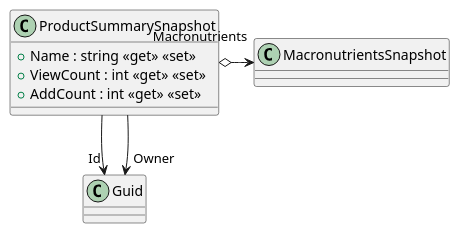
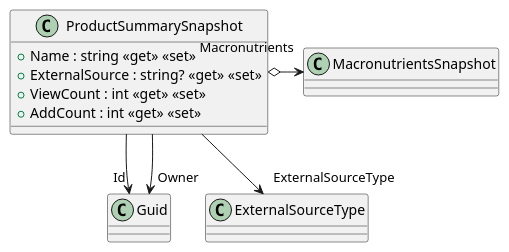
Before and after one commit to nikita-mlygin/ProperNutritionDiary: the diagram in plantuml/src/Product/ProperNutritionDiary.Product.Persistence/Product/Summary/ProductSummarySnapshot.puml, drawn with PlantUML. The commit also changed 166 other files, not shown here.

```diff
--- a/plantuml/src/Product/ProperNutritionDiary.Product.Persistence/Product/Summary/ProductSummarySnapshot.puml
+++ b/plantuml/src/Product/ProperNutritionDiary.Product.Persistence/Product/Summary/ProductSummarySnapshot.puml
@@ -1,10 +1,12 @@
 @startuml
 class ProductSummarySnapshot {
     + Name : string <<get>> <<set>>
+    + ExternalSource : string? <<get>> <<set>>
     + ViewCount : int <<get>> <<set>>
     + AddCount : int <<get>> <<set>>
 }
 ProductSummarySnapshot --> "Id" Guid
 ProductSummarySnapshot o-> "Macronutrients" MacronutrientsSnapshot
+ProductSummarySnapshot --> "ExternalSourceType" ExternalSourceType
 ProductSummarySnapshot --> "Owner" Guid
 @enduml
```
